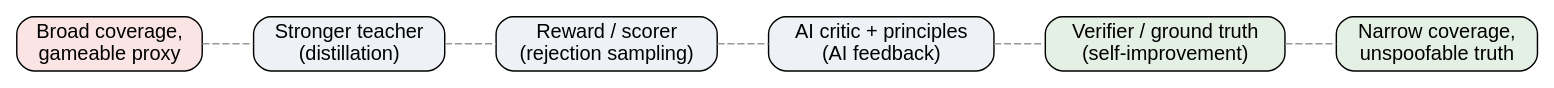
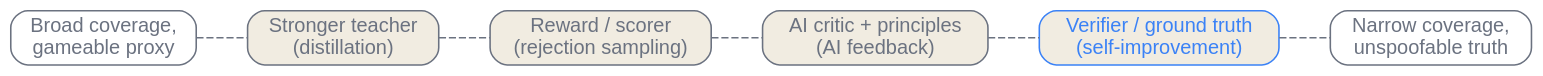
One commit to latere-ai/ai-as-an-infrastructure changed the third of 3 diagrams in en/p2-adaptation/12-synthetic-data-self-improvement.qmd. Above: the diagram before and after it, drawn with Graphviz. The commit also changed 186 other files, not shown here.

First line of the commit message:
book: visual audit pass on all diagrams and figures

````diff
--- a/en/p2-adaptation/12-synthetic-data-self-improvement.qmd
+++ b/en/p2-adaptation/12-synthetic-data-self-improvement.qmd
@@ -232,19 +232,20 @@
 ```{dot}
 //| label: fig-synthetic-data-tradeoff
 //| fig-cap: "The four sources of judgment in the coverage-versus-trust space. Broad coverage buys gameable proxies, near-unspoofable ground truth costs coverage, and the methods lie along the antidiagonal between them."
 digraph tradeoff {
+  bgcolor="transparent";
   rankdir=LR;
-  node [shape=box, style="rounded,filled", fontname="Helvetica", fillcolor="#eef2f7"];
-  edge [color="#999999", arrowhead=none, style=dashed];
+  node [shape=box, style="rounded,filled", fontname="Helvetica", color="#6b7280", fontcolor="#6b7280", fillcolor="#f1ece1", penwidth=1.1];
+  edge [color="#6b7280", fontcolor="#6b7280", arrowhead=none, style=dashed];
 
-  broad   [label="Broad coverage,\ngameable proxy", fillcolor="#fbe4e4"];
-  narrow  [label="Narrow coverage,\nunspoofable truth", fillcolor="#e4f0e4"];
+  broad   [label="Broad coverage,\ngameable proxy", fillcolor="transparent"];
+  narrow  [label="Narrow coverage,\nunspoofable truth", fillcolor="transparent"];
 
   teacher  [label="Stronger teacher\n(distillation)"];
   rej      [label="Reward / scorer\n(rejection sampling)"];
   critic   [label="AI critic + principles\n(AI feedback)"];
-  verifier [label="Verifier / ground truth\n(self-improvement)", fillcolor="#e4f0e4"];
+  verifier [label="Verifier / ground truth\n(self-improvement)", color="#3b82f6", fontcolor="#3b82f6"];
 
   broad -> teacher -> rej -> critic -> verifier -> narrow;
 }
 ```
````
